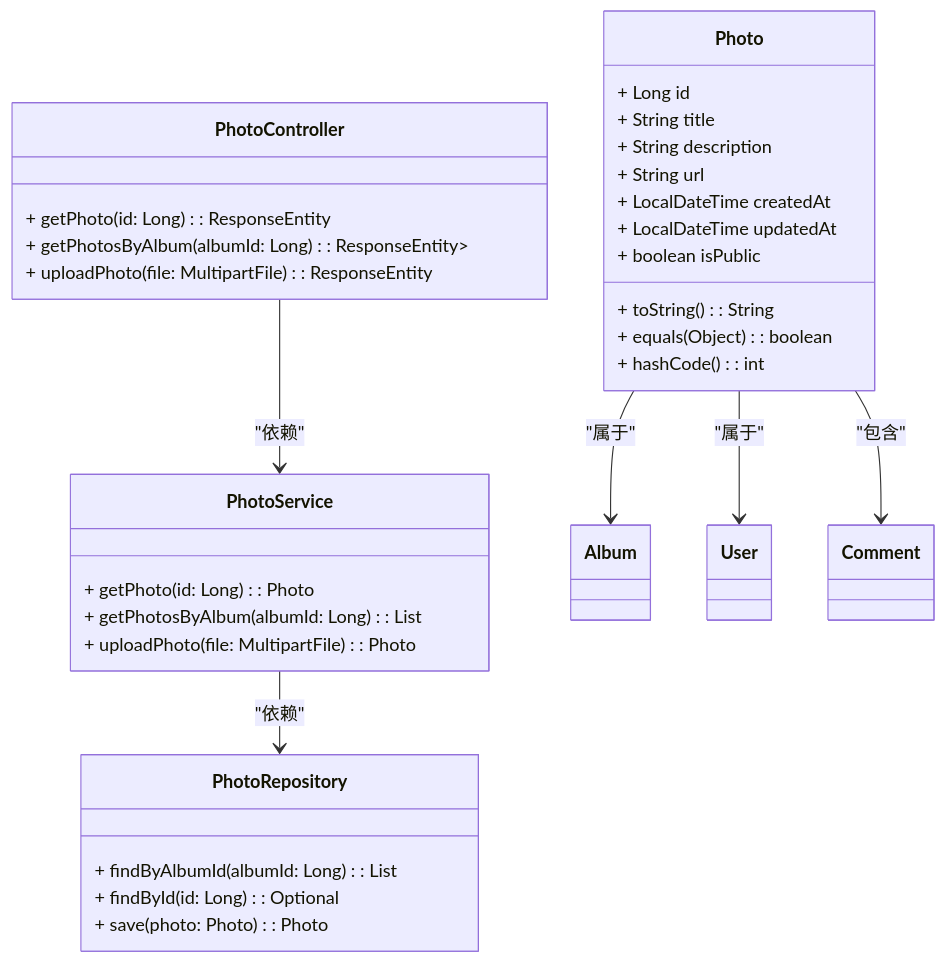
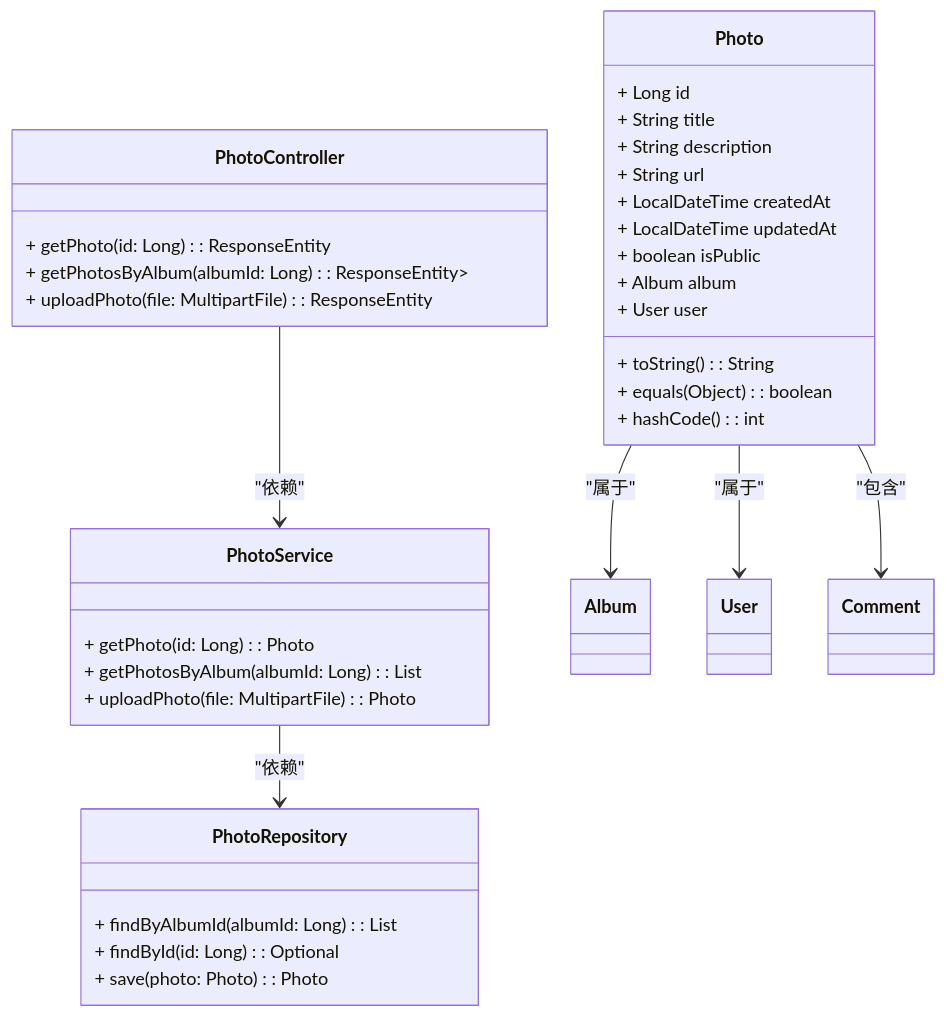
One commit to lightmon233/Memento changed the seventh of 13 diagrams in README.md. Above: the diagram before and after it, drawn with Mermaid. The commit also changed other lines of this file, not shown here.

````diff
--- a/README.md
+++ b/README.md
@@ -370,35 +425,37 @@
 ```mermaid
 classDiagram
 class Photo {
   + Long id
   + String title
   + String description
   + String url
   + LocalDateTime createdAt
   + LocalDateTime updatedAt
   + boolean isPublic
   + toString(): String
   + equals(Object): boolean
   + hashCode(): int
+  + Album album
+  + User user
 }
 class PhotoController {
   + getPhoto(id: Long): ResponseEntity<Photo>
   + getPhotosByAlbum(albumId: Long): ResponseEntity<List<Photo>>
   + uploadPhoto(file: MultipartFile): ResponseEntity<Photo>
 }
 class PhotoService {
   + getPhoto(id: Long): Photo
   + getPhotosByAlbum(albumId: Long): List<Photo>
   + uploadPhoto(file: MultipartFile): Photo
 }
 class PhotoRepository {
   + findByAlbumId(albumId: Long): List<Photo>
   + findById(id: Long): Optional<Photo>
   + save(photo: Photo): Photo
 }
 Photo --> Album : "属于"
 Photo --> User : "属于"
 Photo --> Comment : "包含"
 PhotoController --> PhotoService : "依赖"
 PhotoService --> PhotoRepository : "依赖"
 ```
````
